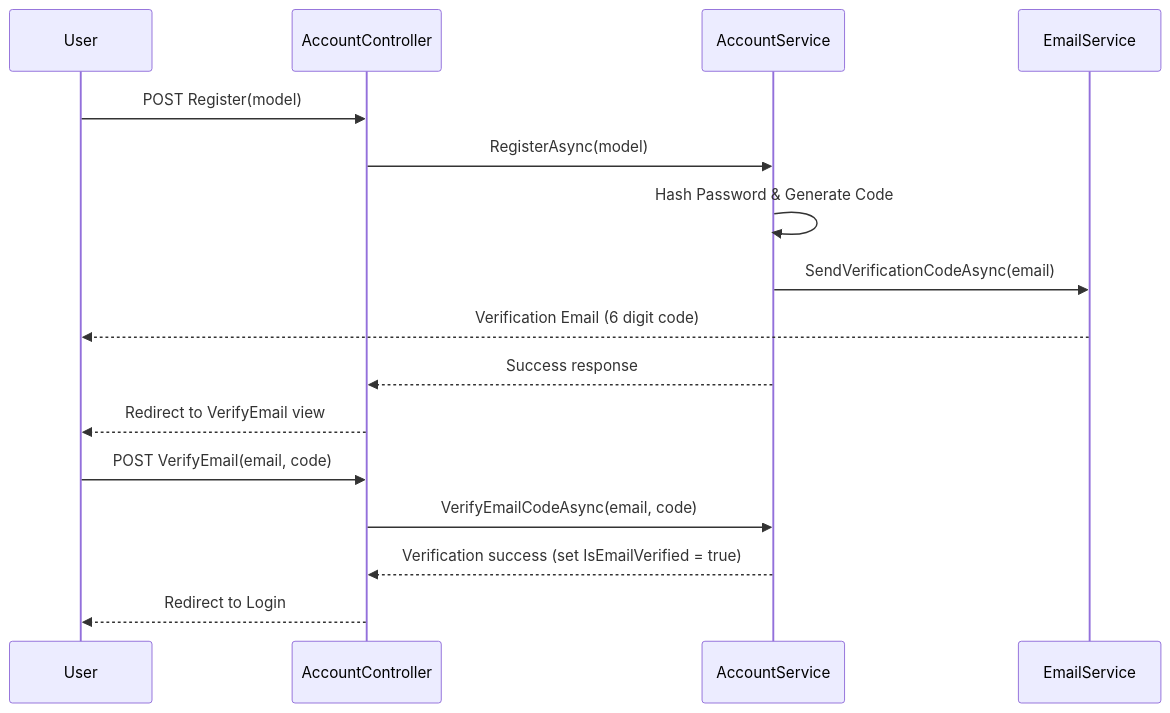
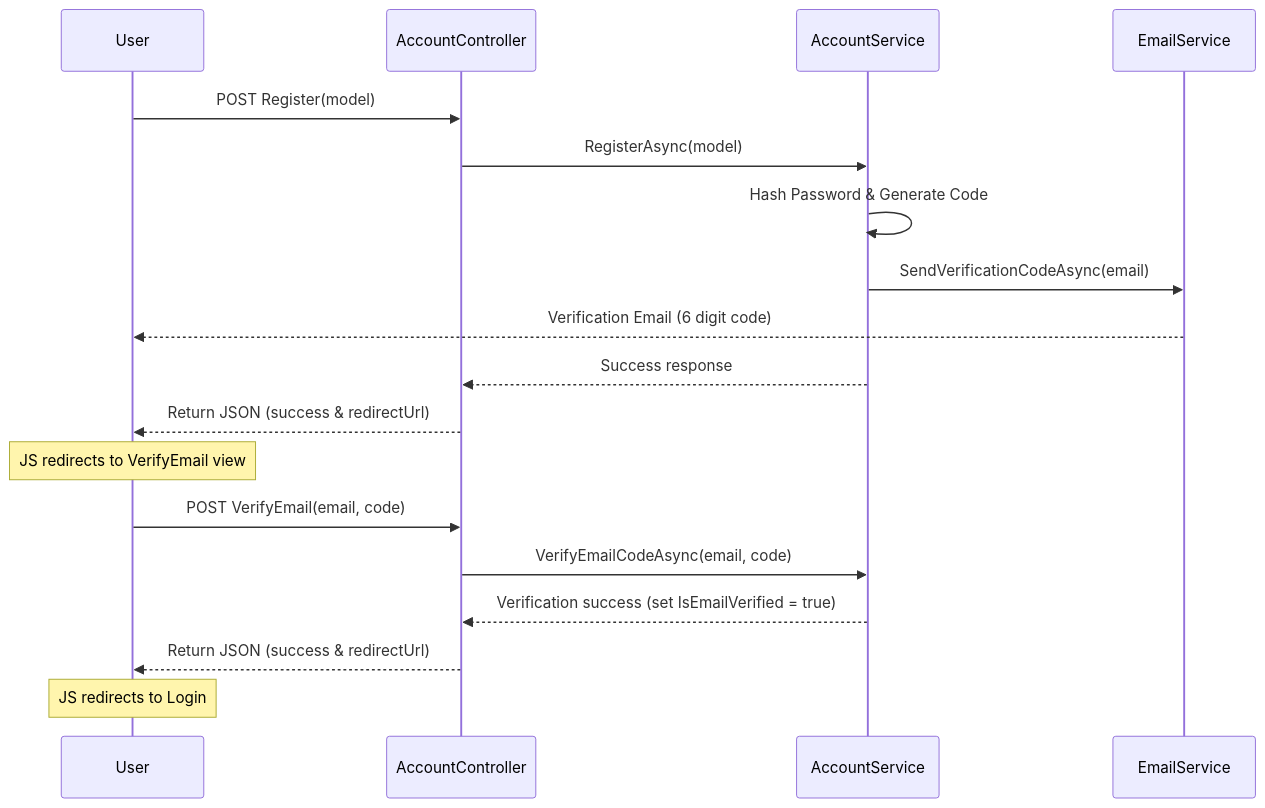
One commit to ductindang/Personal_Finance_Tracker changed the third of 3 diagrams in PROJECT_GUIDE.md. Above: the diagram before and after it, drawn with Mermaid. The commit also changed 7 other files, not shown here.

````diff
--- a/PROJECT_GUIDE.md
+++ b/PROJECT_GUIDE.md
@@ -257,19 +257,21 @@
 ```mermaid
 sequenceDiagram
     participant User
     participant Controller as AccountController
     participant Service as AccountService
     participant SMTP as EmailService
 
     User->>Controller: POST Register(model)
     Controller->>Service: RegisterAsync(model)
     Service->>Service: Hash Password & Generate Code
     Service->>SMTP: SendVerificationCodeAsync(email)
     SMTP-->>User: Verification Email (6 digit code)
     Service-->>Controller: Success response
-    Controller-->>User: Redirect to VerifyEmail view
+    Controller-->>User: Return JSON (success & redirectUrl)
+    Note over User: JS redirects to VerifyEmail view
     User->>Controller: POST VerifyEmail(email, code)
     Controller->>Service: VerifyEmailCodeAsync(email, code)
     Service-->>Controller: Verification success (set IsEmailVerified = true)
-    Controller-->>User: Redirect to Login
+    Controller-->>User: Return JSON (success & redirectUrl)
+    Note over User: JS redirects to Login
 ```
````
